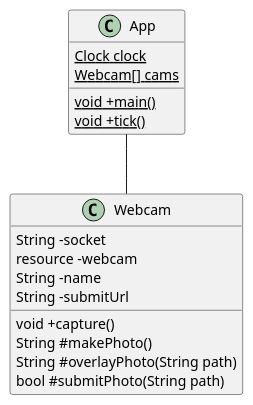
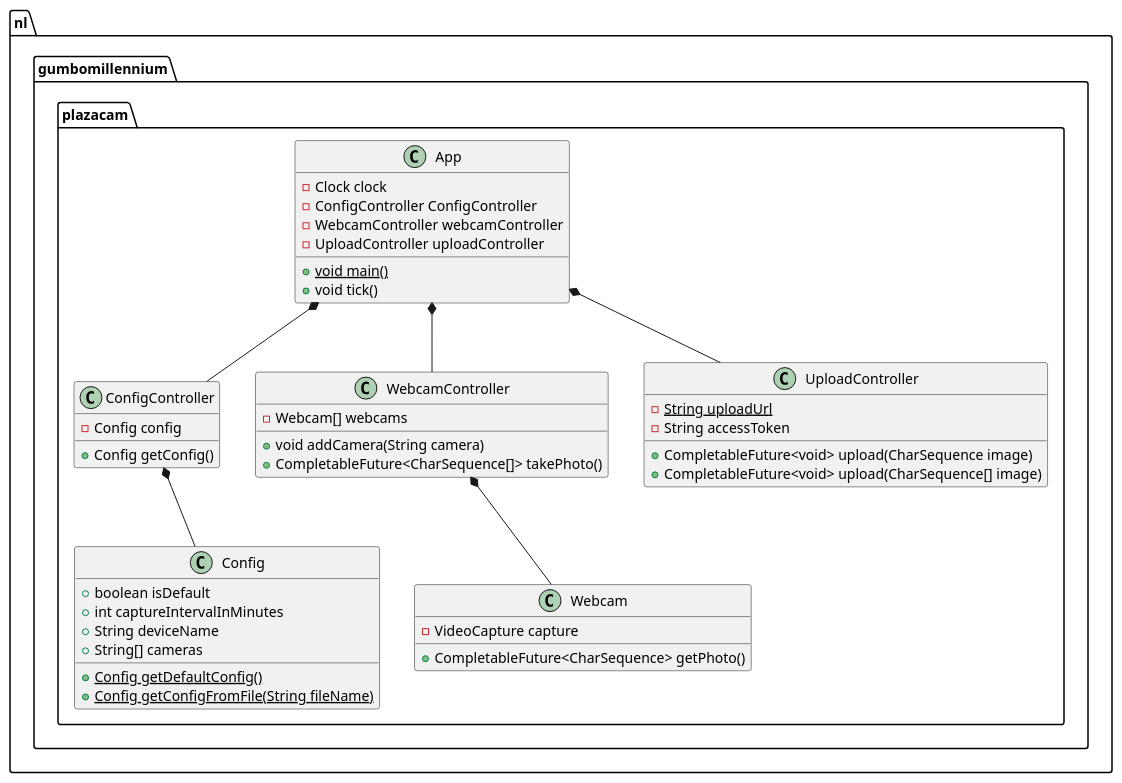
One commit to gumbo-millennium/plazacam changed the diagram in docs/diagram.puml. Above: the diagram before and after it, drawn with PlantUML. The commit also changed 7 other files, not shown here.

```diff
--- a/docs/diagram.puml
+++ b/docs/diagram.puml
@@ -1,24 +1,53 @@
 @startuml Class diagram (suggestion)
 
-class App {
-    {static} Clock clock
-    {static} Webcam[] cams
-    {static} void +main()
-    {static} void +tick()
+package nl.gumbomillennium.plazacam {
+    class App {
+        {static} +void main()
+        -Clock clock
+        -ConfigController ConfigController
+        -WebcamController webcamController
+        -UploadController uploadController
+        +void tick()
+    }
+
+    class ConfigController {
+        -Config config
+        +Config getConfig()
+    }
+
+    class Config {
+        +boolean isDefault
+        +int captureIntervalInMinutes
+        +String deviceName
+        +String[] cameras
+        {static} +Config getDefaultConfig()
+        {static} +Config getConfigFromFile(String fileName)
+    }
+
+    class WebcamController {
+        -Webcam[] webcams
+        +void addCamera(String camera)
+        +CompletableFuture<CharSequence[]> takePhoto()
+    }
+
+    class Webcam {
+        -VideoCapture capture
+        +CompletableFuture<CharSequence> getPhoto()
+    }
+
+    class UploadController {
+        {static} -String uploadUrl
+        -String accessToken
+        +CompletableFuture<void> upload(CharSequence image)
+        +CompletableFuture<void> upload(CharSequence[] image)
+    }
 }
 
-class Webcam {
-    String -socket
-    resource -webcam
-    String -name
-    String -submitUrl
-
-    void +capture()
-    String #makePhoto()
-    String #overlayPhoto(String path)
-    bool #submitPhoto(String path)
-}
-
-App O-- Webcam
+' Relations
+App *-- WebcamController
+App *-- ConfigController
+App *-- UploadController
+WebcamController *-- Webcam
+ConfigController *-- Config
 
 @enduml
```
